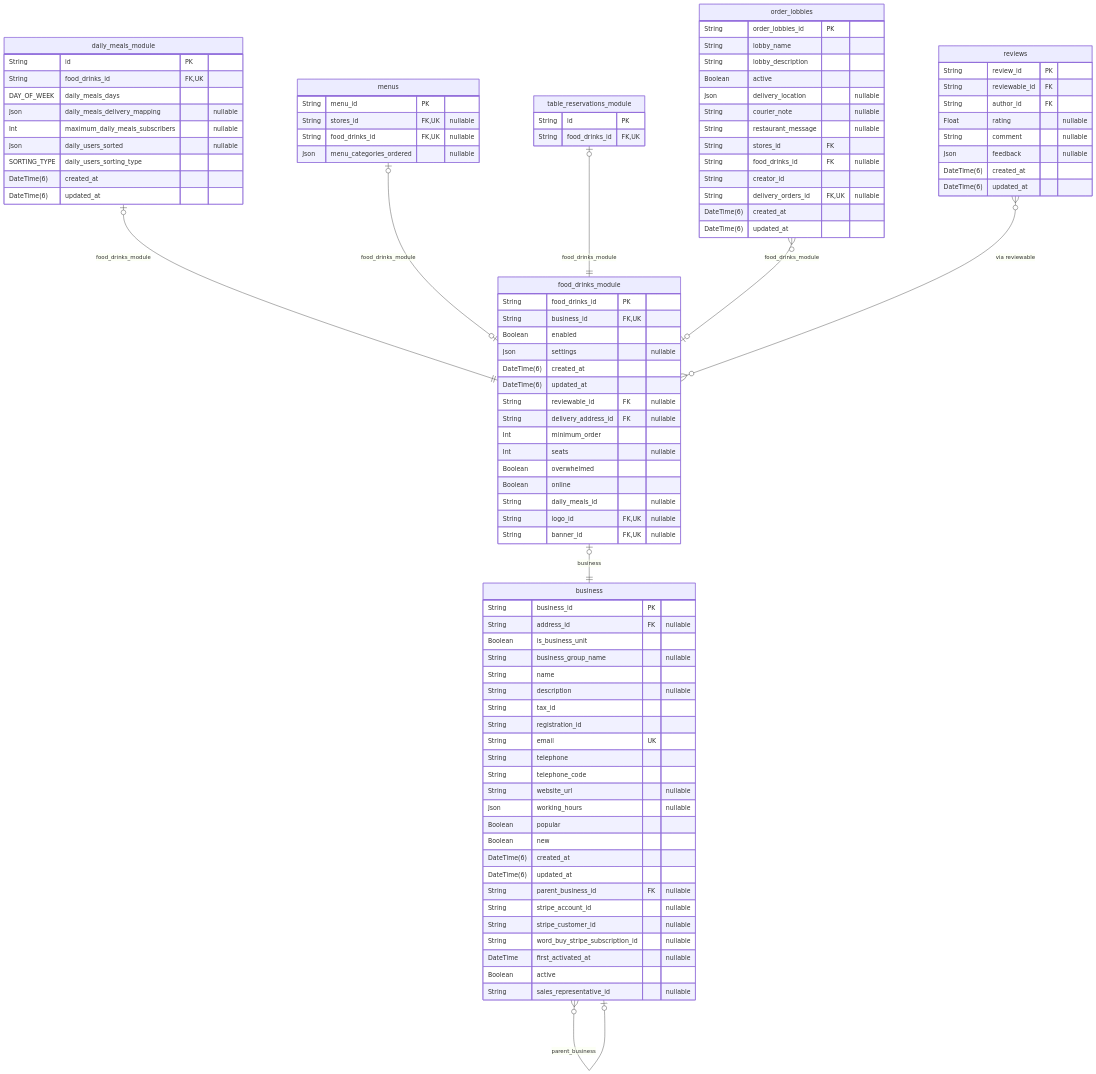
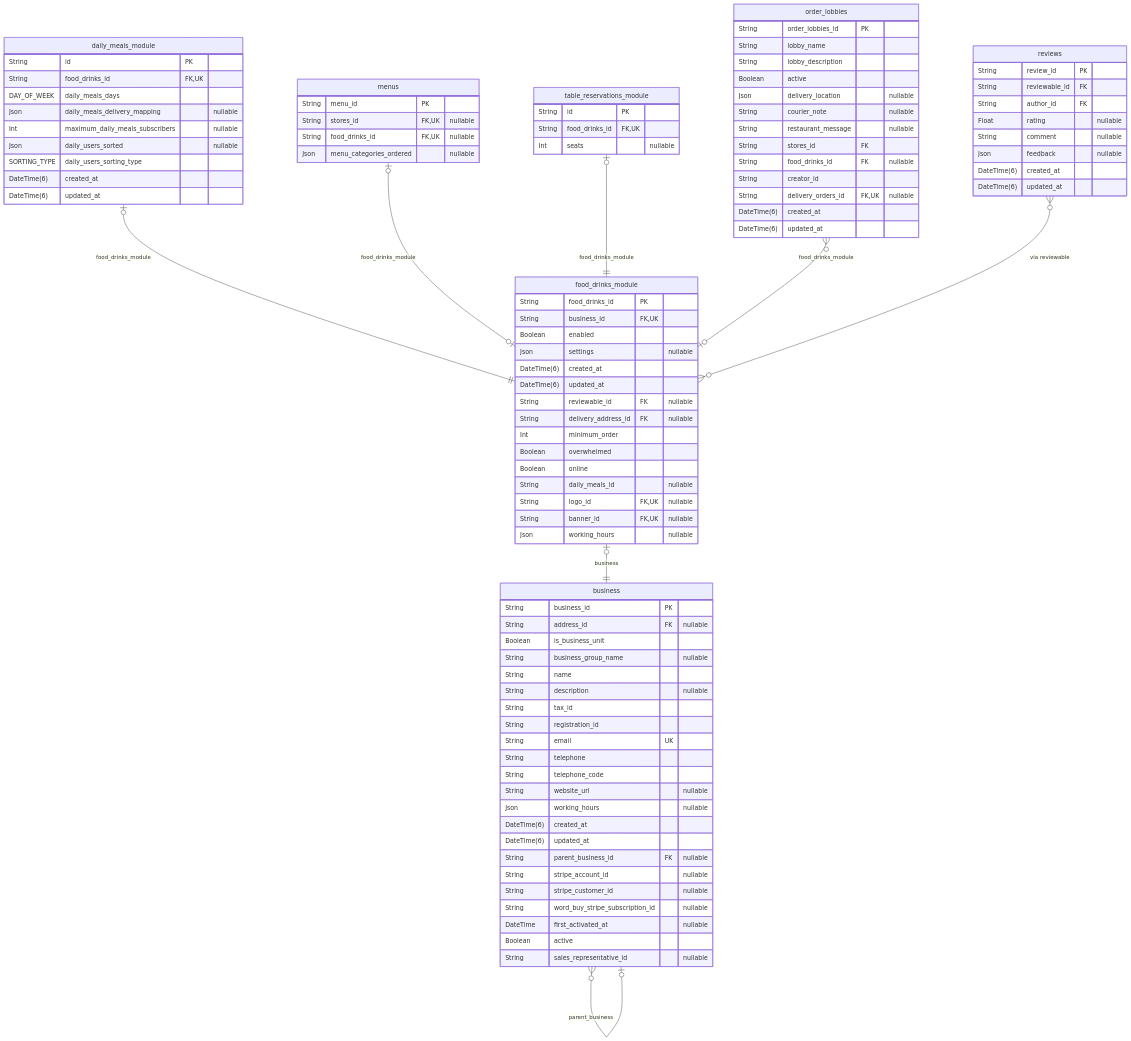
One commit to pbozic/be-analyisis changed diagram 23 of 40 in prisma/schemas/ERD.md. Above: the diagram before and after it, drawn with Mermaid. The commit also changed other lines of this file and 25 other files, not shown here.

```diff
--- a/prisma/schemas/ERD.md
+++ b/prisma/schemas/ERD.md
@@ -3880,12 +3807,22 @@
   String reviewable_id FK "nullable"
   String delivery_address_id FK "nullable"
   Int minimum_order
-  Int seats "nullable"
   Boolean overwhelmed
   Boolean online
   String daily_meals_id "nullable"
   String logo_id FK,UK "nullable"
   String banner_id FK,UK "nullable"
+  Json working_hours "nullable"
+}
+"reviews" {
+  String review_id PK
+  String reviewable_id FK
+  String author_id FK
+  Float rating "nullable"
+  String comment "nullable"
+  Json feedback "nullable"
+  DateTime(6) created_at
+  DateTime(6) updated_at
 }
 "business" {
   String business_id PK
@@ -3901,8 +3838,6 @@
   String telephone_code
   String website_url "nullable"
   Json working_hours "nullable"
-  Boolean popular
-  Boolean new
   DateTime(6) created_at
   DateTime(6) updated_at
   String parent_business_id FK "nullable"
@@ -3912,16 +3847,6 @@
   DateTime first_activated_at "nullable"
   Boolean active
   String sales_representative_id "nullable"
-}
-"reviews" {
-  String review_id PK
-  String reviewable_id FK
-  String author_id FK
-  Float rating "nullable"
-  String comment "nullable"
-  Json feedback "nullable"
-  DateTime(6) created_at
-  DateTime(6) updated_at
 }
 "daily_meals_module" {
   String id PK
@@ -3943,6 +3868,7 @@
 "table_reservations_module" {
   String id PK
   String food_drinks_id FK,UK
+  Int seats "nullable"
 }
 "order_lobbies" {
   String order_lobbies_id PK
```
